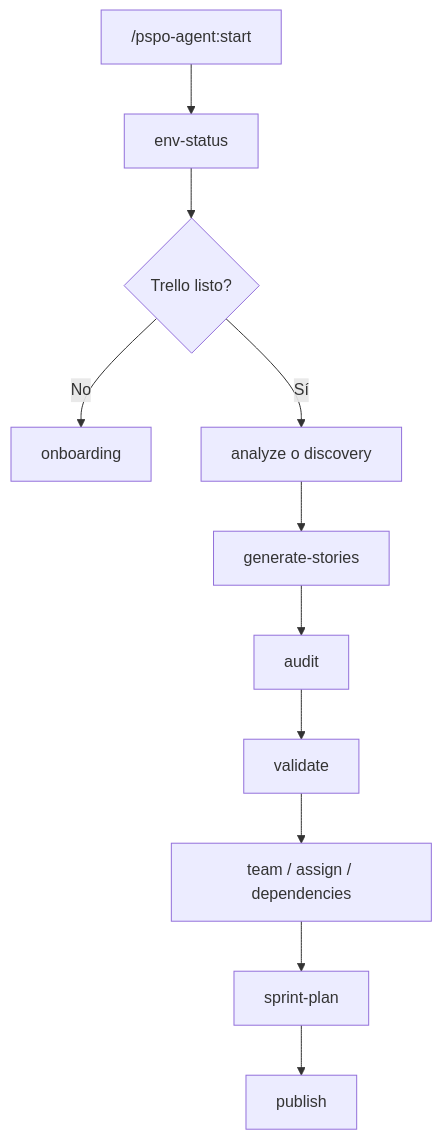
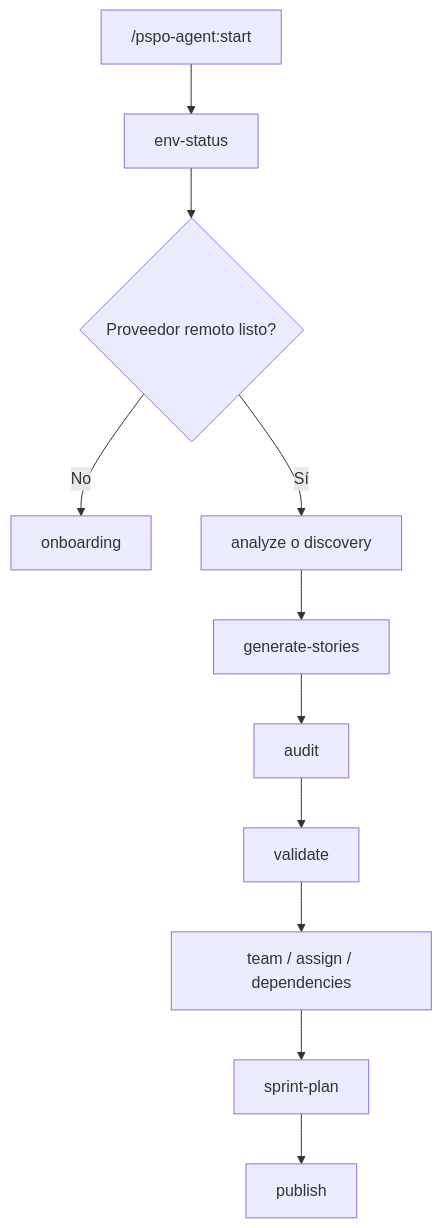
One commit to 686f6c61/PSPO-Agent changed the second of 3 diagrams in Documents/architecture.md. Above: the diagram before and after it, drawn with Mermaid. The commit also changed other lines of this file and 37 other files, not shown here.

````diff
--- a/Documents/architecture.md
+++ b/Documents/architecture.md
@@ -52,13 +55,13 @@
 ```mermaid
 flowchart TD
     A["/pspo-agent:start"] --> B["env-status"]
-    B --> C{"Trello listo?"}
+    B --> C{"Proveedor remoto listo?"}
     C -- No --> D["onboarding"]
     C -- Sí --> E["analyze o discovery"]
     E --> F["generate-stories"]
     F --> G["audit"]
     G --> H["validate"]
     H --> I["team / assign / dependencies"]
     I --> J["sprint-plan"]
     J --> K["publish"]
 ```
````
